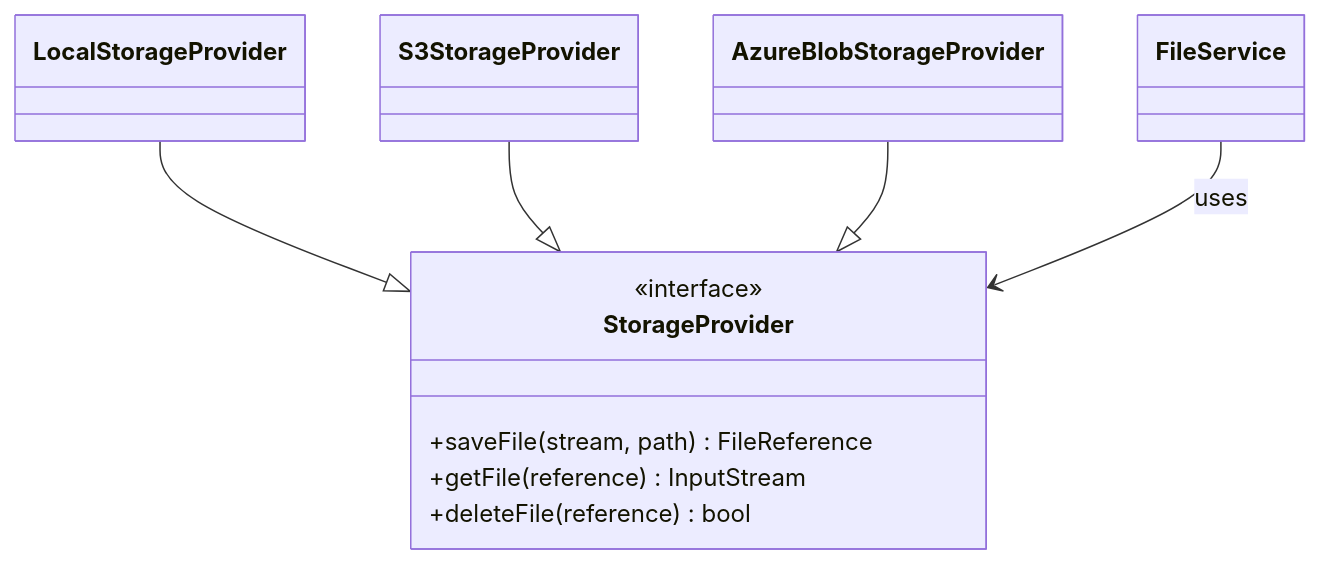
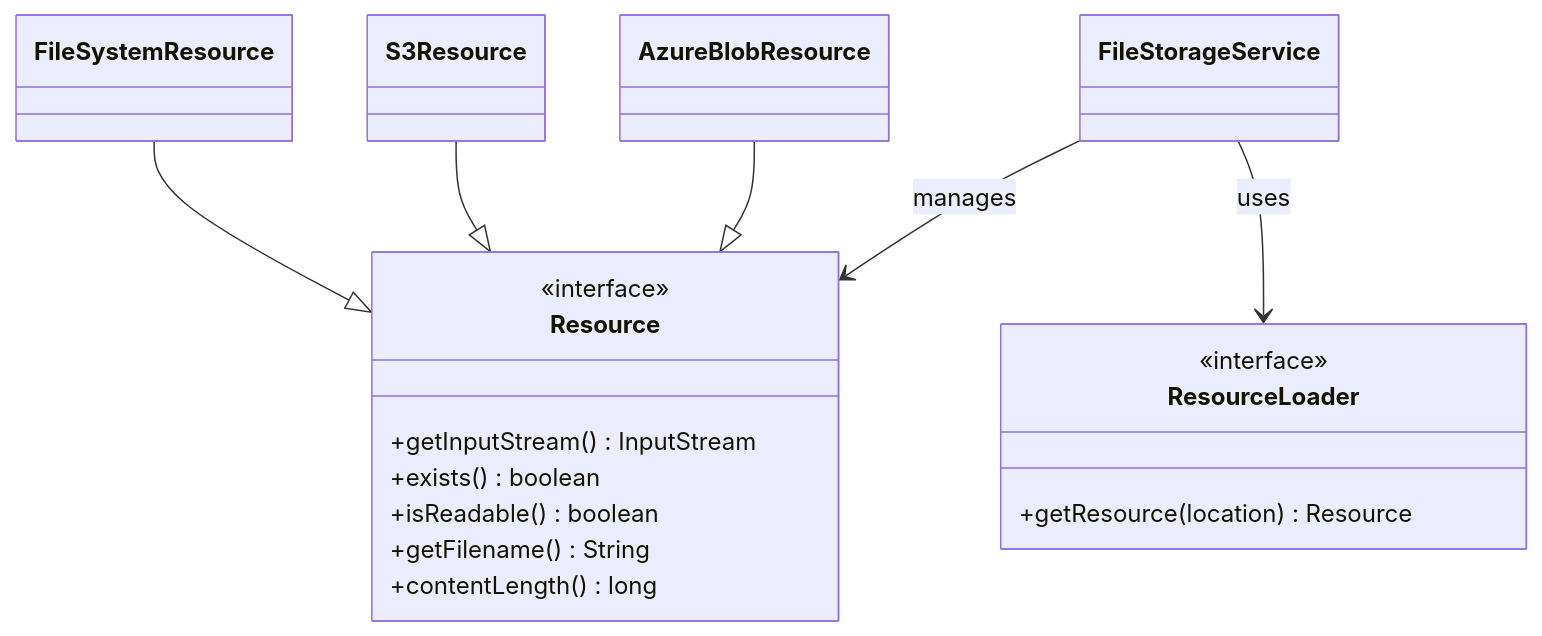
The first of 4 diagrams in docs/03_詳細設計/02_モジュール/01_共通機能/05_ファイル管理機能/01_概要.md (fcircle-biz/ses_mgr), drawn with Mermaid before and after one commit. The commit also changed other lines of this file and 4 other files, not shown here.

````diff
--- a/docs/03_詳細設計/02_モジュール/01_共通機能/05_ファイル管理機能/01_概要.md
+++ b/docs/03_詳細設計/02_モジュール/01_共通機能/05_ファイル管理機能/01_概要.md
@@ -104,15 +104,23 @@
 ```mermaid
 classDiagram
-    class StorageProvider {
+    class Resource {
         <<interface>>
-        +saveFile(stream, path) FileReference
-        +getFile(reference) InputStream
-        +deleteFile(reference) bool
+        +getInputStream() InputStream
+        +exists() boolean
+        +isReadable() boolean
+        +getFilename() String
+        +contentLength() long
     }
     
-    LocalStorageProvider --|> StorageProvider
-    S3StorageProvider --|> StorageProvider
-    AzureBlobStorageProvider --|> StorageProvider
+    FileSystemResource --|> Resource
+    S3Resource --|> Resource
+    AzureBlobResource --|> Resource
     
-    FileService --> StorageProvider : uses
+    class ResourceLoader {
+        <<interface>>
+        +getResource(location) Resource
+    }
+    
+    FileStorageService --> ResourceLoader : uses
+    FileStorageService --> Resource : manages
 ```
````
